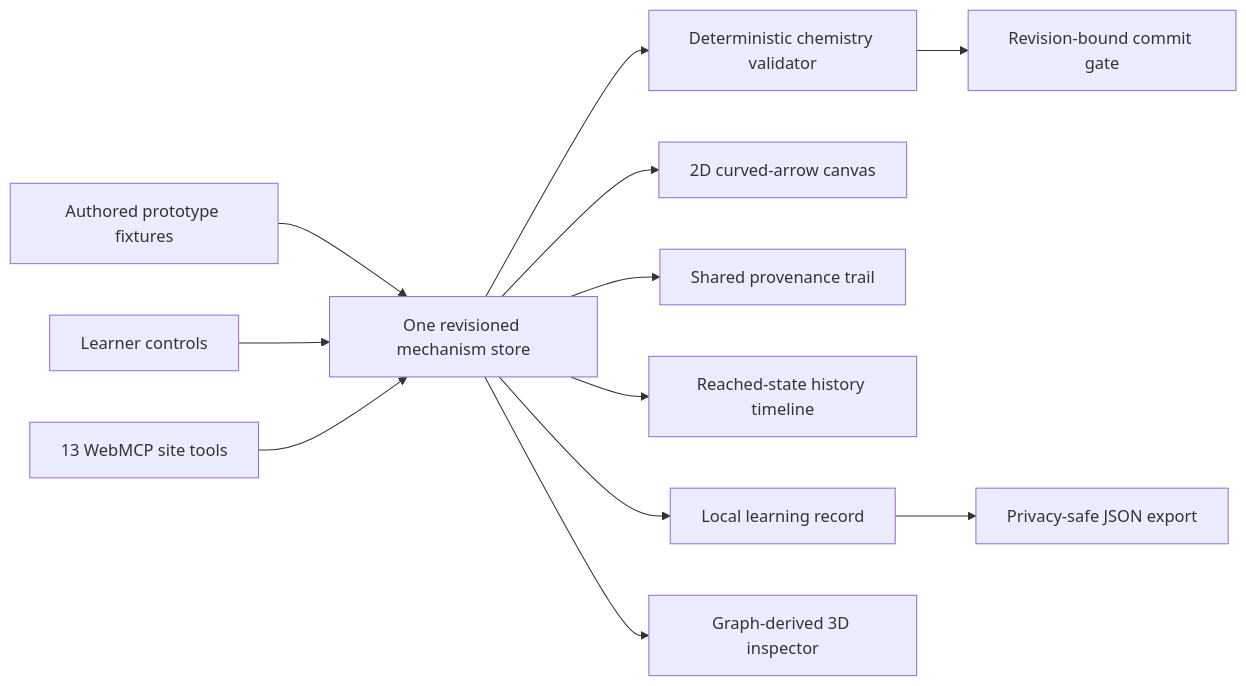
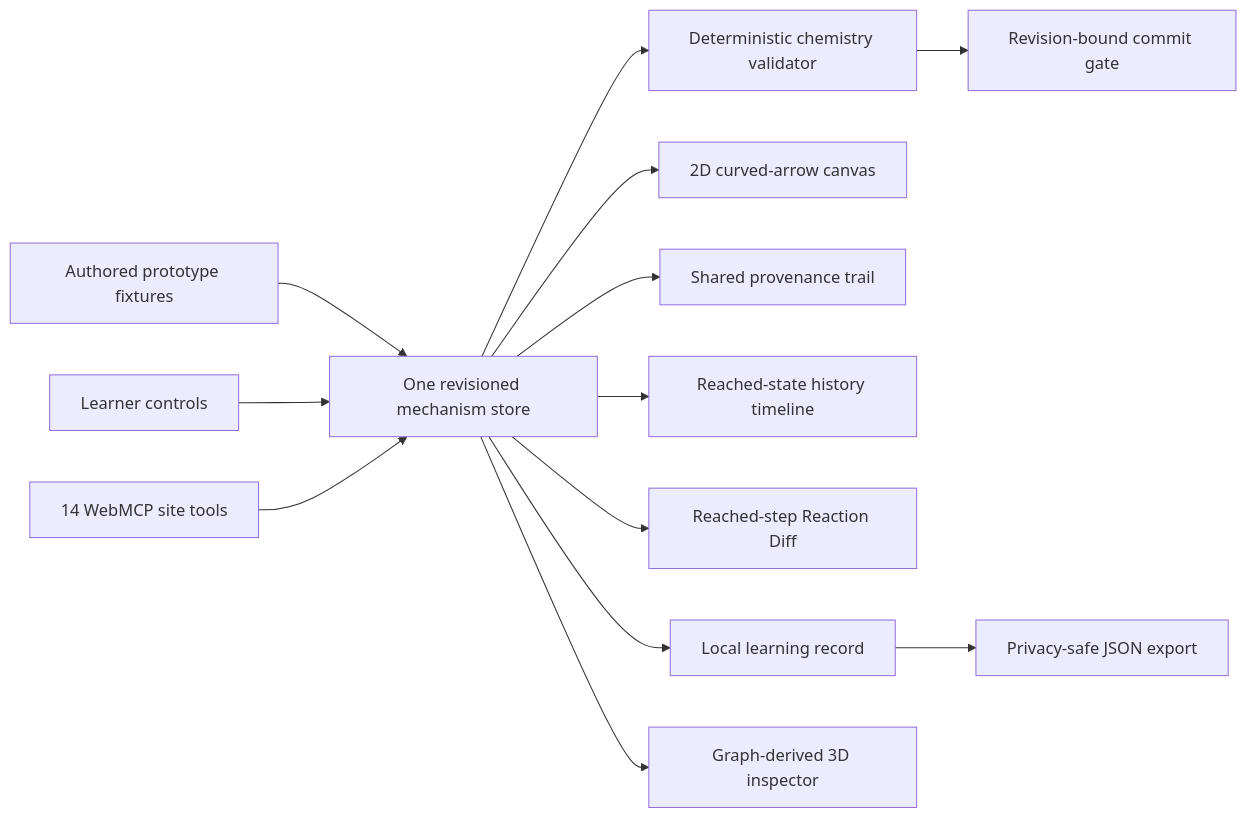
Before and after one commit to mihirduvedi/mechanism-canvas: the diagram in README.md, drawn with Mermaid. The commit also changed other lines of this file and 15 other files, not shown here.

Commit message:
feat: add reaction diff comparisons

````diff
--- a/README.md
+++ b/README.md
@@ -13,14 +13,15 @@
 ```mermaid
 flowchart LR
   P["Authored prototype fixtures"] --> S["One revisioned mechanism store"]
   H["Learner controls"] --> S
-  A["13 WebMCP site tools"] --> S
+  A["14 WebMCP site tools"] --> S
   S --> V["Deterministic chemistry validator"]
   S --> C["2D curved-arrow canvas"]
   S --> T["Shared provenance trail"]
   S --> R["Reached-state history timeline"]
+  S --> D["Reached-step Reaction Diff"]
   S --> L["Local learning record"]
   L --> E["Privacy-safe JSON export"]
   S --> M["Graph-derived 3D inspector"]
   V --> G["Revision-bound commit gate"]
 ```
````
